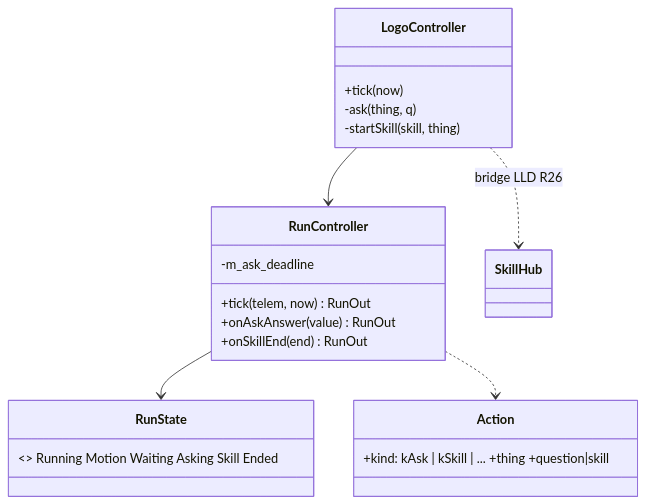
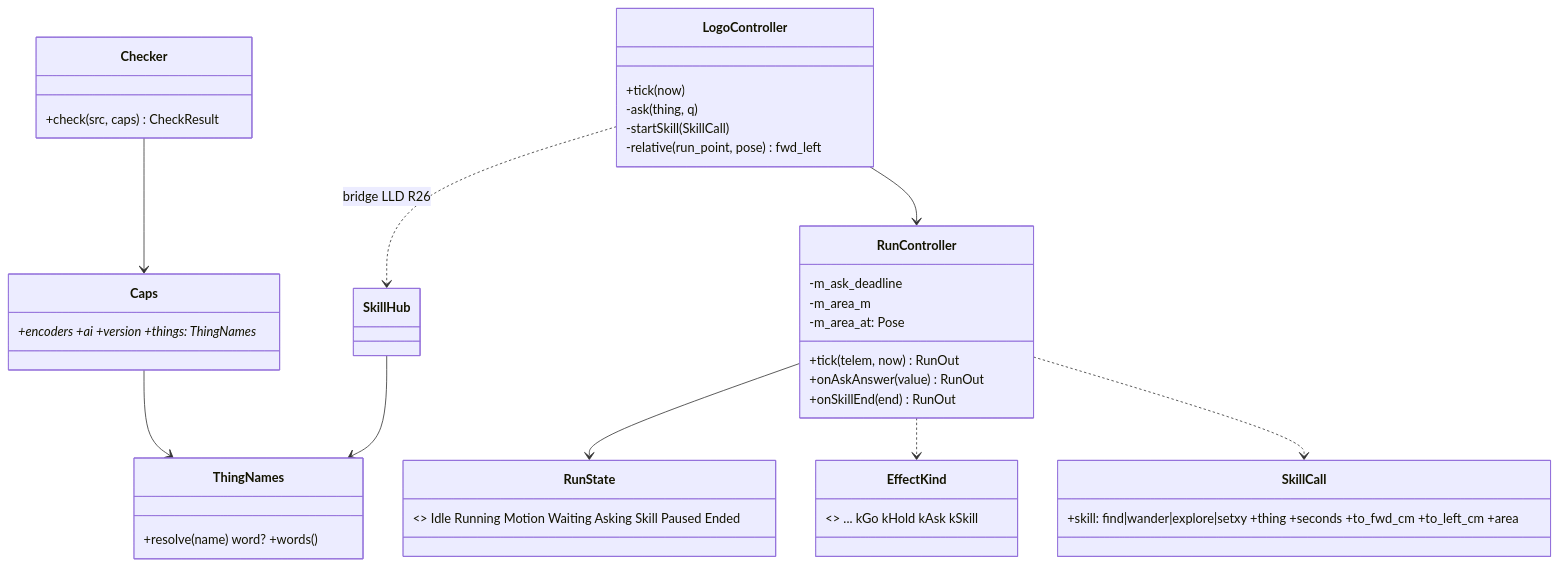
Diagram 23 of 23 in docs/lld/tank-logo-lld.md (mannuray/conqueror), drawn with Mermaid before and after one commit. The commit also changed other lines of this file and 3 other files, not shown here.

````diff
--- a/docs/lld/tank-logo-lld.md
+++ b/docs/lld/tank-logo-lld.md
@@ -1380,20 +1398,31 @@
 ```mermaid
 classDiagram
   class RunController {
     +tick(telem, now) RunOut
     +onAskAnswer(value) RunOut
     +onSkillEnd(end) RunOut
     -m_ask_deadline
+    -m_area_m
+    -m_area_at: Pose
   }
-  class RunState { <<enum>> Running Motion Waiting Asking Skill Ended }
-  class Action { +kind: kAsk | kSkill | ... +thing +question|skill }
+  class RunState { <<enum>> Idle Running Motion Waiting Asking Skill Paused Ended }
+  class EffectKind { <<enum>> ... kGo kHold kAsk kSkill }
+  class SkillCall { +skill: find|wander|explore|setxy +thing +seconds +to_fwd_cm +to_left_cm +area }
+  class ThingNames { +resolve(name) word? +words() }
+  class Caps { +encoders +ai +version +things: ThingNames* }
+  class Checker { +check(src, caps) CheckResult }
   class LogoController {
     +tick(now)
     -ask(thing, q)
-    -startSkill(skill, thing)
+    -startSkill(SkillCall)
+    -relative(run_point, pose) fwd_left
   }
   RunController --> RunState
-  RunController ..> Action
+  RunController ..> EffectKind
+  RunController ..> SkillCall
+  Checker --> Caps
+  Caps --> ThingNames
   LogoController --> RunController
   LogoController ..> SkillHub : bridge LLD R26
+  SkillHub --> ThingNames
 ```
````
